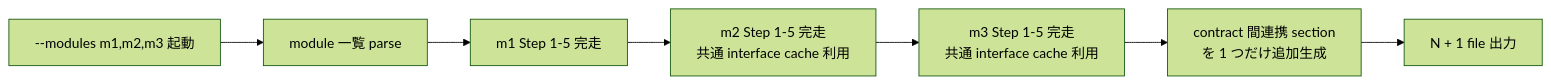
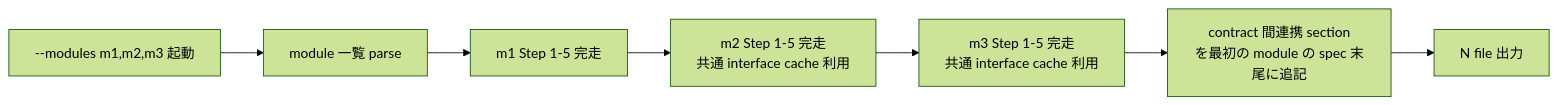
The diagram in .claude/skills/kiwa-design/SKILL.md (cardene777/kiwa), drawn with Mermaid (forest theme) before and after one commit. The commit also changed other lines of this file and 2 other files, not shown here.

````diff
--- a/.claude/skills/kiwa-design/SKILL.md
+++ b/.claude/skills/kiwa-design/SKILL.md
@@ -160,9 +172,9 @@
 ```mermaid
 graph LR
     A[--modules m1,m2,m3 起動] --> B[module 一覧 parse]
     B --> C[m1 Step 1-5 完走]
     C --> D[m2 Step 1-5 完走<br/>共通 interface cache 利用]
     D --> E[m3 Step 1-5 完走<br/>共通 interface cache 利用]
-    E --> F[contract 間連携 section<br/>を 1 つだけ追加生成]
-    F --> G[N + 1 file 出力]
+    E --> F[contract 間連携 section<br/>を最初の module の spec 末尾に追記]
+    F --> G[N file 出力]
 ```
````
